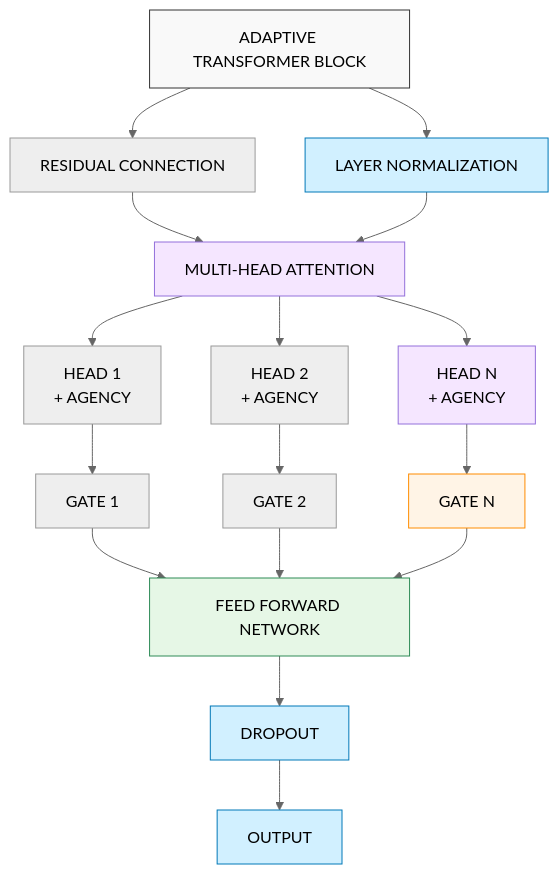
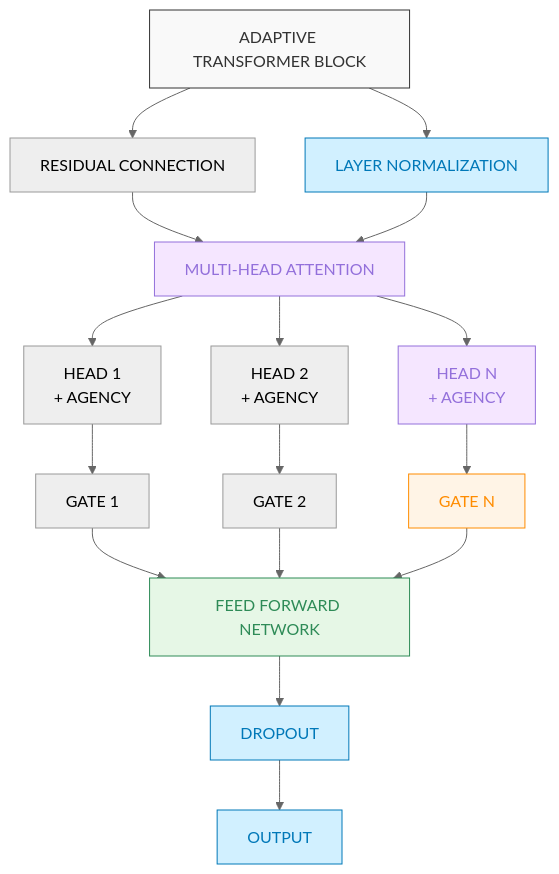
Before and after one commit to CambrianTech/sentinel-ai: the fifth of 6 diagrams in docs/improved_diagrams/mermaid/main_architecture.md, drawn with Mermaid (neutral theme). The commit also changed other lines of this file and 3 other files, not shown here.

First line of the commit message:
Fix colors in Mermaid diagrams for better readability (#33)

````diff
--- a/docs/improved_diagrams/mermaid/main_architecture.md
+++ b/docs/improved_diagrams/mermaid/main_architecture.md
@@ -230,51 +230,51 @@
 ```mermaid
 flowchart TD
-    classDef standard fill:#f9f9f9,stroke:#333,stroke-width:1px
-    classDef layer fill:#d1f0ff,stroke:#0078b8,stroke-width:1px
-    classDef attention fill:#f5e6ff,stroke:#9370db,stroke-width:1px
-    classDef ffn fill:#e6f7e6,stroke:#2e8b57,stroke-width:1px
-    classDef head fill:#fff4e6,stroke:#ff8c00,stroke-width:1px
+    classDef standard fill:#f9f9f9,stroke:#333,stroke-width:1px,color:#333
+    classDef layer fill:#d1f0ff,stroke:#0078b8,stroke-width:1px,color:#0078b8
+    classDef attention fill:#f5e6ff,stroke:#9370db,stroke-width:1px,color:#9370db
+    classDef ffn fill:#e6f7e6,stroke:#2e8b57,stroke-width:1px,color:#2e8b57
+    classDef head fill:#fff4e6,stroke:#ff8c00,stroke-width:1px,color:#ff8c00
     
     %% Main Components
     title["ADAPTIVE TRANSFORMER BLOCK"]
     residual["RESIDUAL CONNECTION"]
     norm["LAYER NORMALIZATION"]
     attention["MULTI-HEAD ATTENTION"]
     ffn["FEED FORWARD NETWORK"]
     dropout["DROPOUT"]
     output["OUTPUT"]
     
     %% Attention Components
     head1["HEAD 1<br/>+ AGENCY"]
     head2["HEAD 2<br/>+ AGENCY"]
     headn["HEAD N<br/>+ AGENCY"]
     
     gate1["GATE 1"]
     gate2["GATE 2"]
     gaten["GATE N"]
     
     %% Connections
     title --> residual & norm
     
     residual & norm --> attention
     
     attention --> head1 & head2 & headn
     head1 --> gate1
     head2 --> gate2
     headn --> gaten
     
     gate1 & gate2 & gaten --> ffn
     ffn --> dropout
     dropout --> output
     
     %% Styling
     title:::standard
     residual & norm:::layer
     attention:::attention
     ffn:::ffn
     dropout:::layer
     output:::layer
     
     head1 & head2 & headn:::attention
     gate1 & gate2 & gaten:::head
 ```
````
